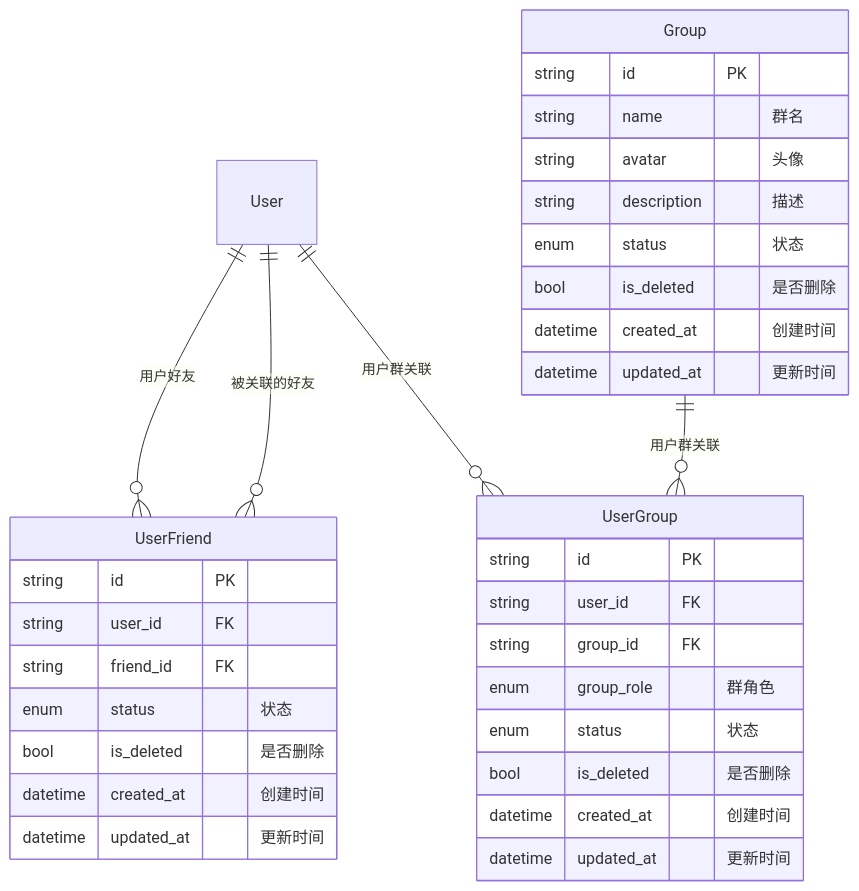
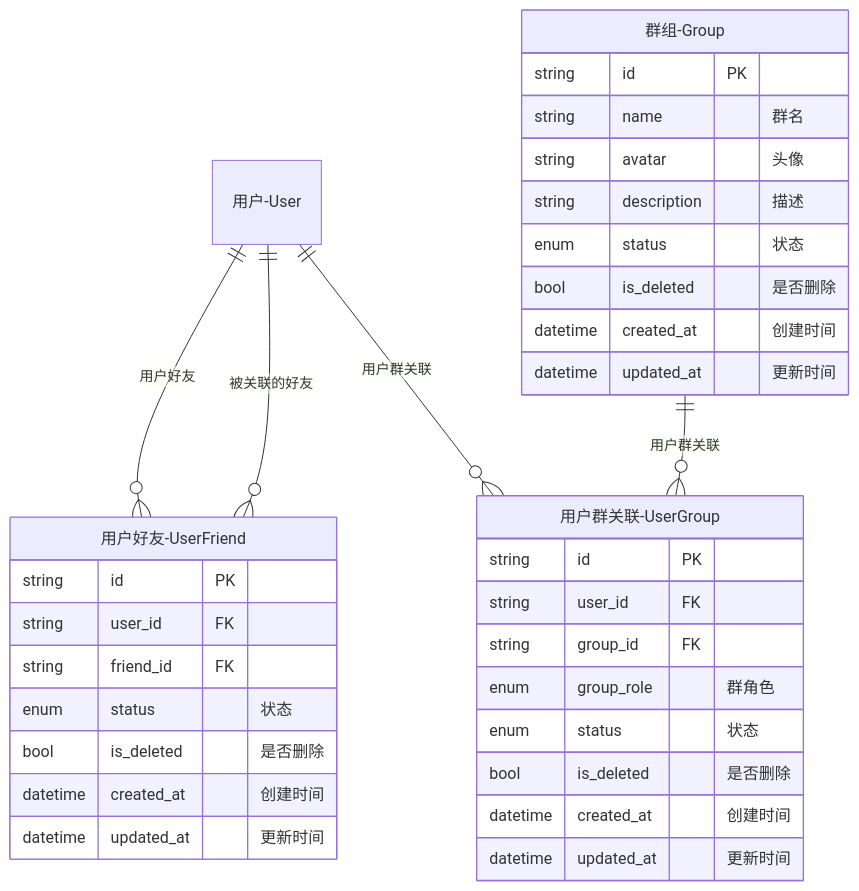
One commit to summer-like-coding/chat-system changed the second of 4 diagrams in docs/2.model.md. Above: the diagram before and after it, drawn with Mermaid. The commit also changed other lines of this file and 8 other files, not shown here.

````diff
--- a/docs/2.model.md
+++ b/docs/2.model.md
@@ -62,39 +53,41 @@
 ```mermaid
 erDiagram
   User ||--o{ UserFriend : "用户好友"
   User ||--o{ UserFriend : "被关联的好友"
   User ||--o{ UserGroup : "用户群关联"
   Group ||--o{ UserGroup : "用户群关联"
 
-  Group {
+  User["用户-User"] {}
+
+  Group["群组-Group"] {
     string id PK
     string name "群名"
     string avatar "头像"
     string description "描述"
     enum status "状态"
     bool is_deleted "是否删除"
     datetime created_at "创建时间"
     datetime updated_at "更新时间"
   }
 
-  UserGroup {
+  UserGroup["用户群关联-UserGroup"] {
     string id PK
     string user_id FK
     string group_id FK
     enum group_role "群角色"
     enum status "状态"
     bool is_deleted "是否删除"
     datetime created_at "创建时间"
     datetime updated_at "更新时间"
   }
 
-  UserFriend {
+  UserFriend["用户好友-UserFriend"] {
     string id PK
     string user_id FK
     string friend_id FK
     enum status "状态"
     bool is_deleted "是否删除"
     datetime created_at "创建时间"
     datetime updated_at "更新时间"
   }
 ```
````
